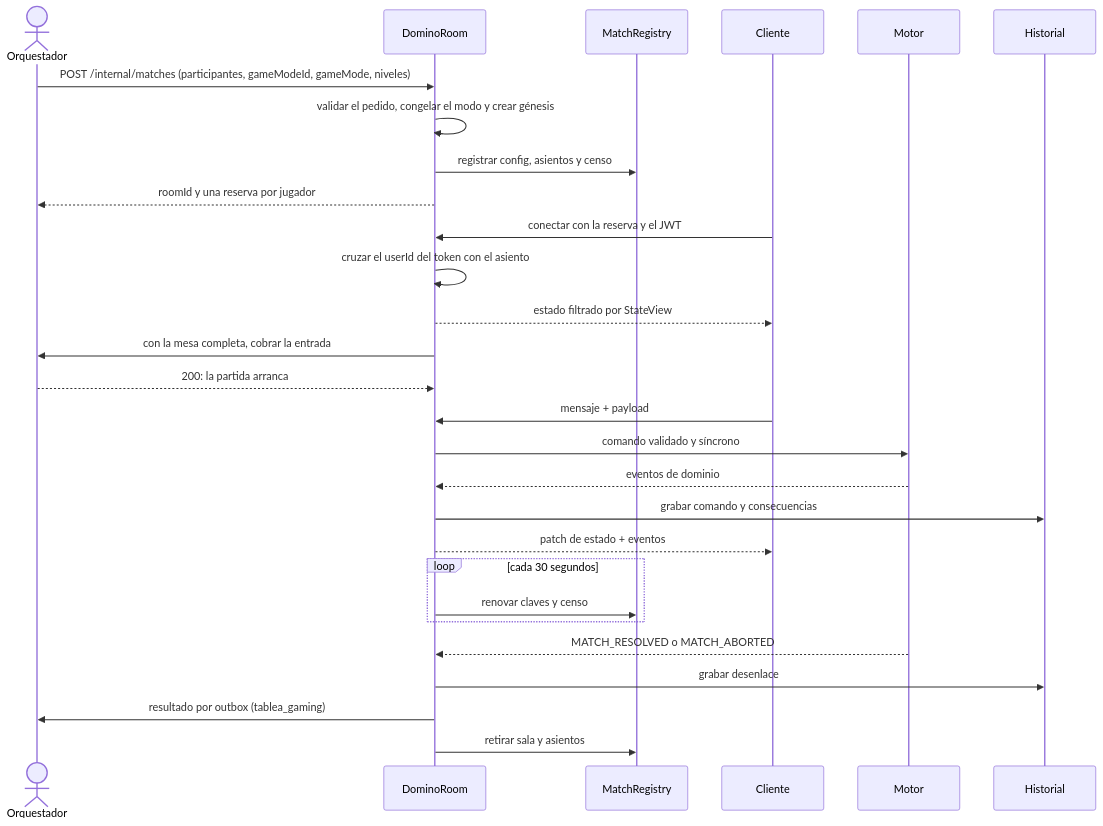
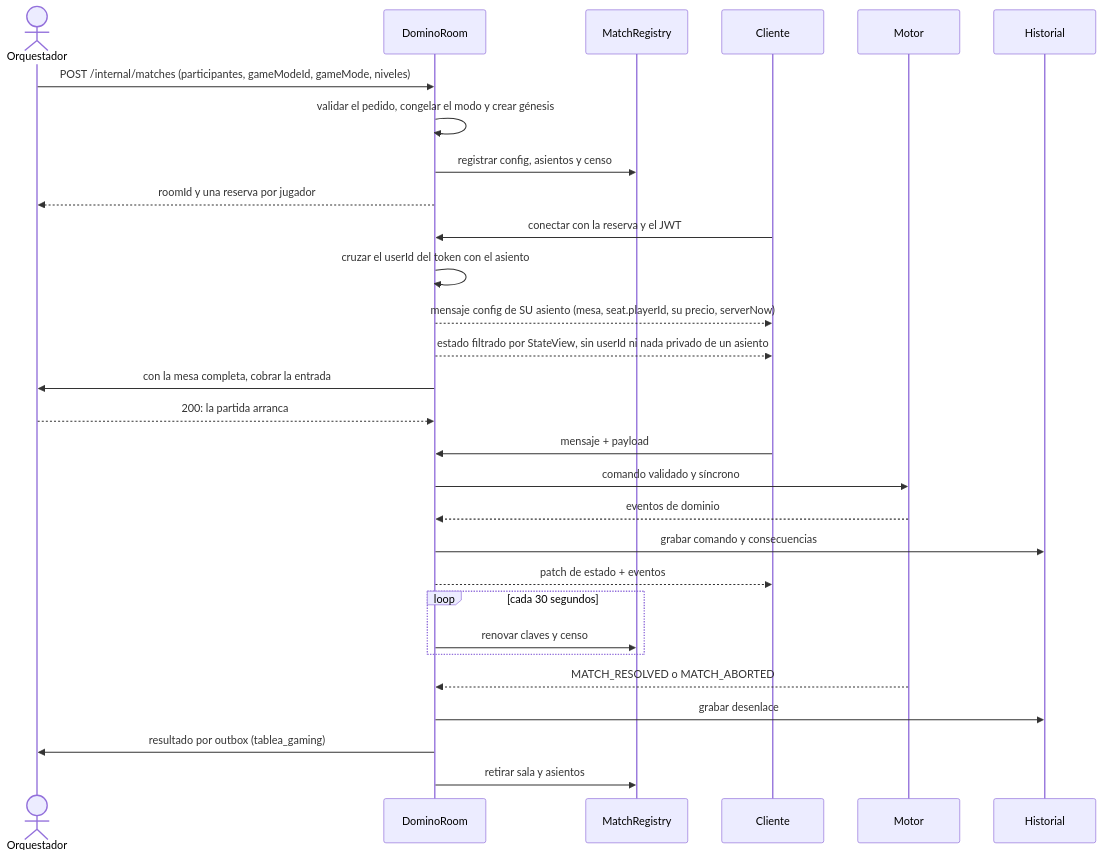
Before and after one commit to Betaso-Team/domino-backend-v2: the second of 5 diagrams in docs/arquitectura.md, drawn with Mermaid. The commit also changed other lines of this file and 3 other files, not shown here.

First line of the commit message:
docs: audiencias, mensaje config por asiento y censo por mesa

````diff
--- a/docs/arquitectura.md
+++ b/docs/arquitectura.md
@@ -78,35 +78,36 @@
 ```mermaid
 sequenceDiagram
   actor Orch as Orquestador
   participant Room as DominoRoom
   participant Registry as MatchRegistry
   participant Player as Cliente
   participant Engine as Motor
   participant History as Historial
 
   Orch->>Room: POST /internal/matches (participantes, gameModeId, gameMode, niveles)
   Room->>Room: validar el pedido, congelar el modo y crear génesis
   Room->>Registry: registrar config, asientos y censo
   Room-->>Orch: roomId y una reserva por jugador
 
   Player->>Room: conectar con la reserva y el JWT
   Room->>Room: cruzar el userId del token con el asiento
-  Room-->>Player: estado filtrado por StateView
+  Room-->>Player: mensaje config de SU asiento (mesa, seat.playerId, su precio, serverNow)
+  Room-->>Player: estado filtrado por StateView, sin userId ni nada privado de un asiento
   Room->>Orch: con la mesa completa, cobrar la entrada
   Orch-->>Room: 200: la partida arranca
 
   Player->>Room: mensaje + payload
   Room->>Engine: comando validado y síncrono
   Engine-->>Room: eventos de dominio
   Room->>History: grabar comando y consecuencias
   Room-->>Player: patch de estado + eventos
 
   loop cada 30 segundos
     Room->>Registry: renovar claves y censo
   end
 
   Engine-->>Room: MATCH_RESOLVED o MATCH_ABORTED
   Room->>History: grabar desenlace
   Room->>Orch: resultado por outbox (tablea_gaming)
   Room->>Registry: retirar sala y asientos
 ```
````
